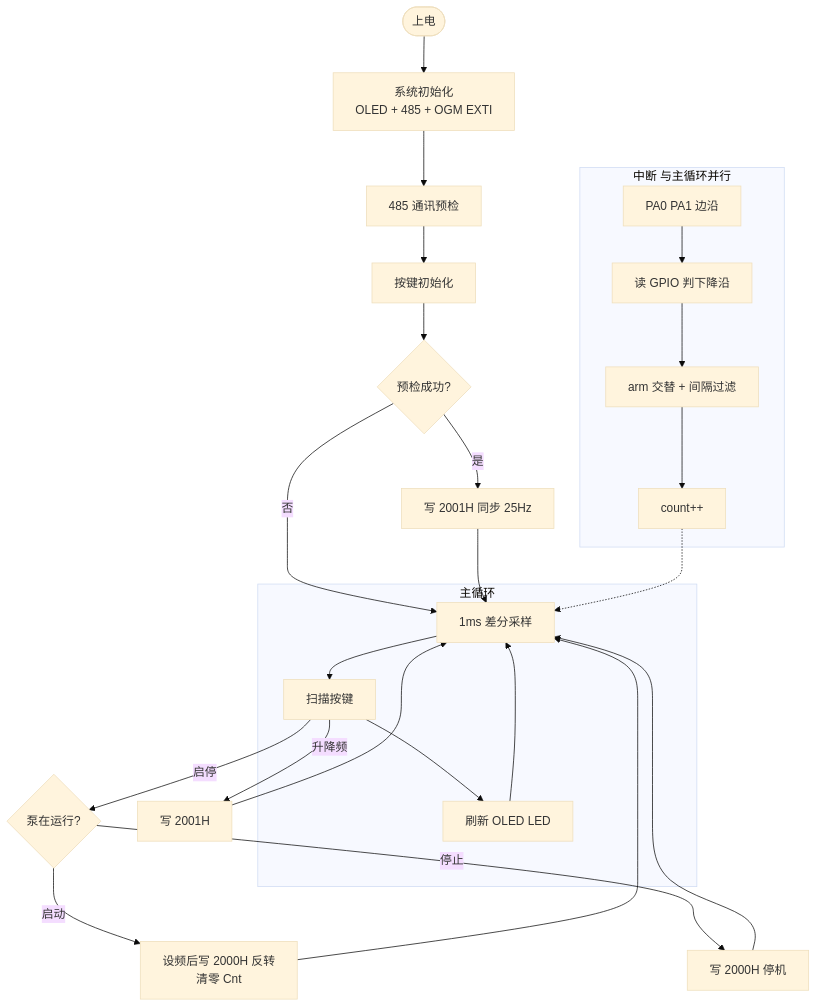
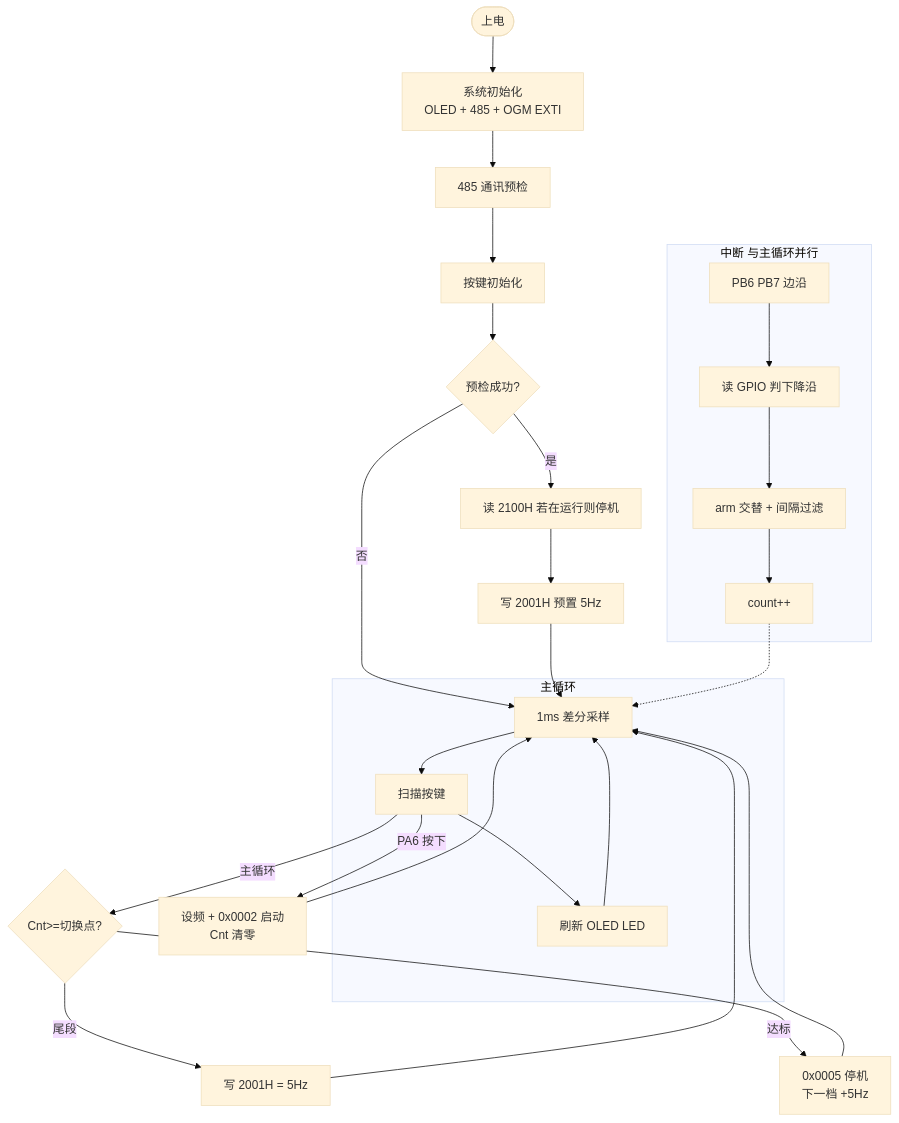
Before and after one commit to mdbsliguo/stm32_template_SPL: the fifth of 6 diagrams in Examples/NPN/NPN04_Preset_Pump_SwAlgo2/README.md, drawn with Mermaid (base theme). The commit also changed other lines of this file and 6 other files, not shown here.

````diff
--- a/Examples/NPN/NPN04_Preset_Pump_SwAlgo2/README.md
+++ b/Examples/NPN/NPN04_Preset_Pump_SwAlgo2/README.md
@@ -394,35 +424,36 @@
 ```mermaid
 flowchart TD
     START([上电]) --> INIT[系统初始化<br/>OLED + 485 + OGM EXTI]
     INIT --> COMM[485 通讯预检]
     COMM --> BTN[按键初始化]
     BTN --> SYNC{预检成功?}
 
     subgraph MAIN[主循环]
         L1[1ms 差分采样]
         L2[扫描按键]
         L3[刷新 OLED LED]
         L1 --> L2 --> L3 --> L1
     end
 
-    SYNC -->|是| WR_FREQ[写 2001H 同步 25Hz]
+    SYNC -->|是| STOP_CHK[读 2100H 若在运行则停机]
     SYNC -->|否| L1
+    STOP_CHK --> WR_FREQ[写 2001H 预置 5Hz]
     WR_FREQ --> L1
 
-    L2 -->|升降频| FREQ[写 2001H]
-    L2 -->|启停| RUN{泵在运行?}
-    RUN -->|启动| START_SEQ[设频后写 2000H 反转<br/>清零 Cnt]
-    RUN -->|停止| STOP_SEQ[写 2000H 停机]
+    L2 -->|PA6 按下| TEST_START[设频 + 0x0002 启动<br/>Cnt 清零]
+    L2 -->|主循环| AUTO{Cnt>=切换点?}
+    AUTO -->|尾段| TAIL[写 2001H = 5Hz]
+    AUTO -->|达标| STOP_SEQ[0x0005 停机<br/>下一档 +5Hz]
 
-    FREQ --> L1
-    START_SEQ --> L1
+    TEST_START --> L1
+    TAIL --> L1
     STOP_SEQ --> L1
 
     subgraph INT[中断 与主循环并行]
-        I1[PA0 PA1 边沿] --> I2[读 GPIO 判下降沿]
+        I1[PB6 PB7 边沿] --> I2[读 GPIO 判下降沿]
         I2 --> I3[arm 交替 + 间隔过滤]
         I3 --> I4[count++]
     end
 
     I4 -.-> L1
 ```
````
